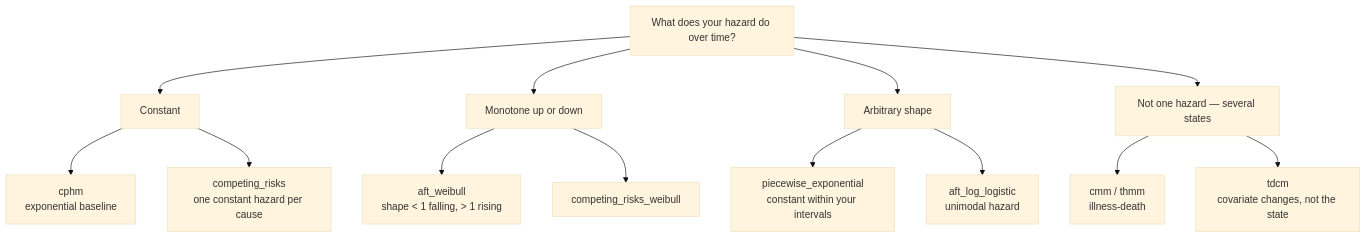
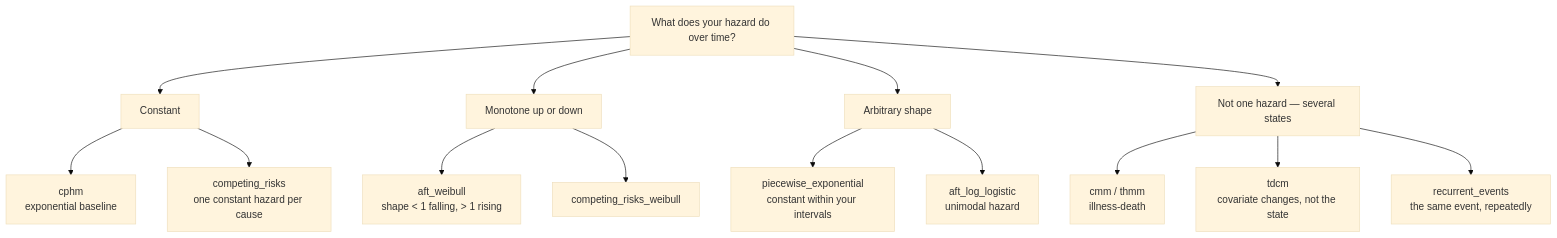
The diagram in docs/models/index.md (DiogoRibeiro7/genSurvPy), drawn with Mermaid (base theme) before and after one commit. The commit also changed other lines of this file and 16 other files, not shown here.

First line of the commit message:
feat: add recurrent event generation

````diff
--- a/docs/models/index.md
+++ b/docs/models/index.md
@@ -20,16 +21,17 @@
 ```mermaid
 flowchart TD
     A[What does your hazard do over time?] --> B[Constant]
     A --> C[Monotone up or down]
     A --> D[Arbitrary shape]
     A --> E[Not one hazard — several states]
 
     B --> B1["cphm<br/>exponential baseline"]
     B --> B2["competing_risks<br/>one constant hazard per cause"]
     C --> C1["aft_weibull<br/>shape &lt; 1 falling, &gt; 1 rising"]
     C --> C2["competing_risks_weibull"]
     D --> D1["piecewise_exponential<br/>constant within your intervals"]
     D --> D2["aft_log_logistic<br/>unimodal hazard"]
     E --> E1["cmm / thmm<br/>illness-death"]
     E --> E2["tdcm<br/>covariate changes, not the state"]
+    E --> E3["recurrent_events<br/>the same event, repeatedly"]
 ```
````
